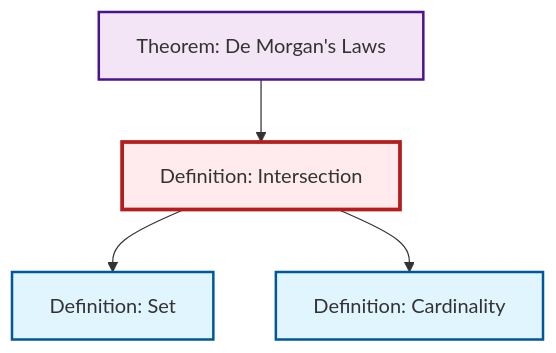
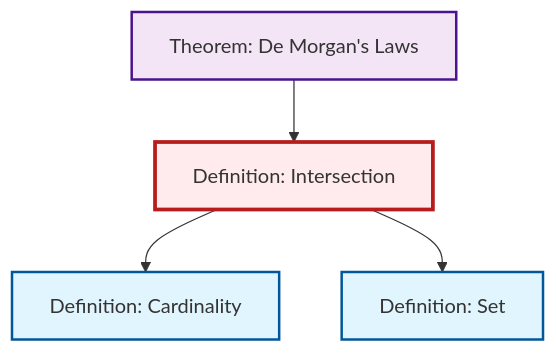
One commit to RK0429/ModernMath changed the diagram in content/en/logic-set-theory/def-intersection.qmd. Above: the diagram before and after it, drawn with Mermaid. The commit also changed other lines of this file and 634 other files, not shown here.

````diff
--- a/content/en/logic-set-theory/def-intersection.qmd
+++ b/content/en/logic-set-theory/def-intersection.qmd
@@ -62,20 +62,20 @@
 ```{mermaid}
 %%| fig-cap: "Local dependency graph"
 graph TD
     classDef definition fill:#e1f5fe,stroke:#01579b,stroke-width:2px
     classDef theorem fill:#f3e5f5,stroke:#4a148c,stroke-width:2px
     classDef axiom fill:#fff3e0,stroke:#e65100,stroke-width:2px
     classDef example fill:#e8f5e9,stroke:#1b5e20,stroke-width:2px
     classDef current fill:#ffebee,stroke:#b71c1c,stroke-width:3px
+    def-cardinality["Definition: Cardinality"]:::definition
+    thm-de-morgan["Theorem: De Morgan's Laws"]:::theorem
     def-intersection["Definition: Intersection"]:::definition
-    thm-de-morgan["Theorem: De Morgan's Laws"]:::theorem
-    def-cardinality["Definition: Cardinality"]:::definition
     def-set["Definition: Set"]:::definition
     thm-de-morgan --> def-intersection
+    def-intersection --> def-cardinality
     def-intersection --> def-set
-    def-intersection --> def-cardinality
     class def-intersection current
+    click def-cardinality "def-cardinality.html" "Go to Cardinality definition"
     click thm-de-morgan "thm-de-morgan.html" "Go to De Morgan's Laws theorem"
-    click def-cardinality "def-cardinality.html" "Go to Cardinality definition"
     click def-set "def-set.html" "Go to Set definition"
 ```
````
